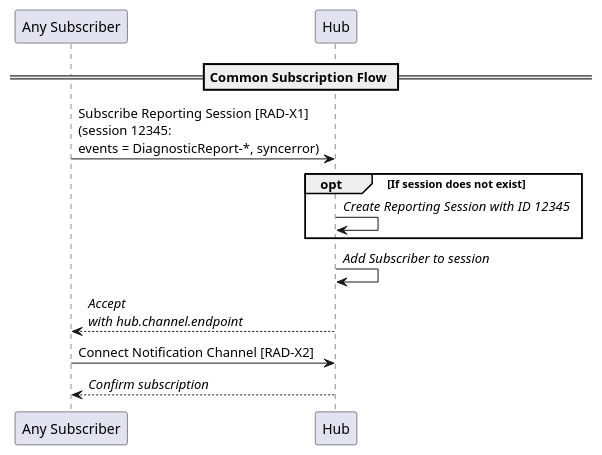
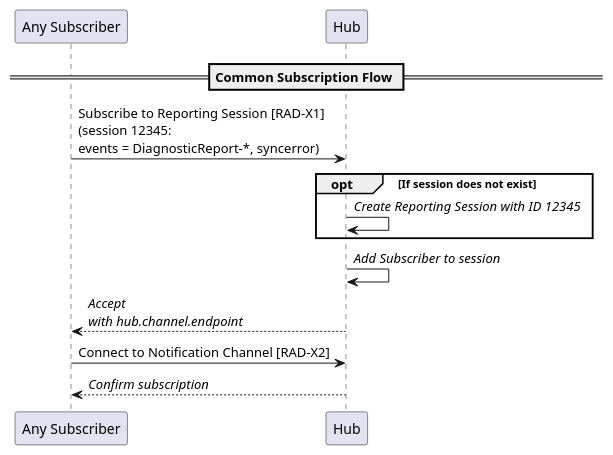
The diagram in input/images-source/common-subscription.plantuml (IHE/RAD.IRA), drawn with PlantUML before and after one commit. The commit also changed 6 other files, not shown here.

```diff
--- a/input/images-source/common-subscription.plantuml
+++ b/input/images-source/common-subscription.plantuml
@@ -1,20 +1,20 @@
 @startuml
 
 participant "Any Subscriber" as Sub
 participant Hub as Hub
 
 == Common Subscription Flow ==
 
-Sub->Hub: Subscribe Reporting Session [RAD-X1]\n(session 12345:\nevents = DiagnosticReport-*, syncerror)
+Sub->Hub: Subscribe to Reporting Session [RAD-X1]\n(session 12345:\nevents = DiagnosticReport-*, syncerror)
 
 opt If session does not exist
 Hub->Hub: //Create Reporting Session with ID 12345//
 end
 
 Hub->Hub: //Add Subscriber to session//
 
 Hub-->Sub: //Accept//\n//with hub.channel.endpoint//
-Sub->Hub: Connect Notification Channel [RAD-X2]
+Sub->Hub: Connect to Notification Channel [RAD-X2]
 Hub-->Sub: //Confirm subscription//
 
 @enduml
```
